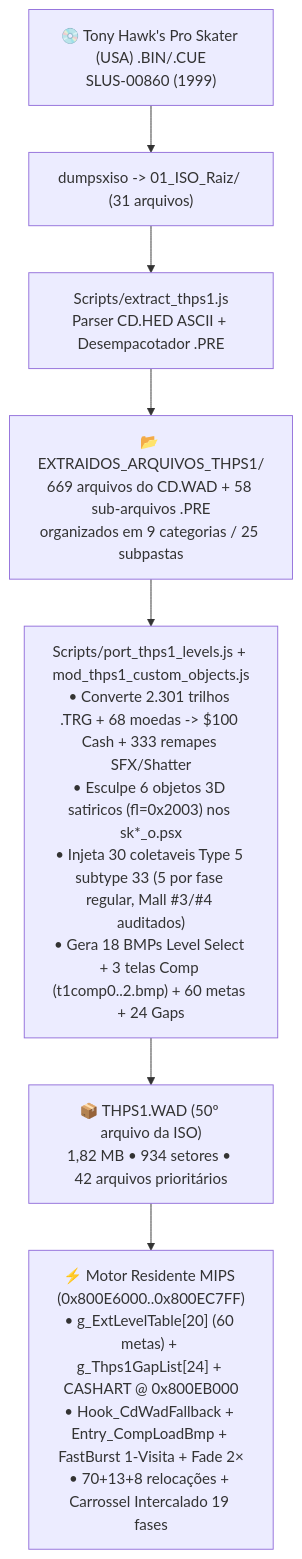
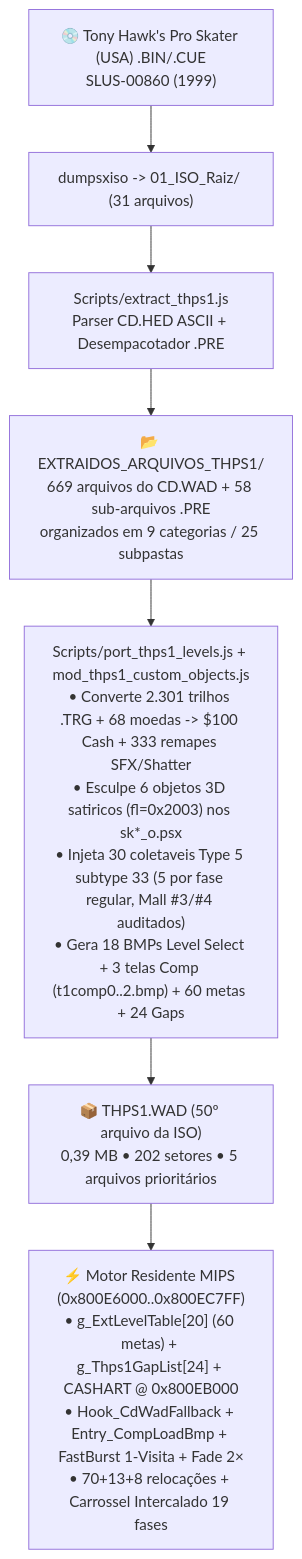
Before and after one commit to WagnerxOliveira/Tony_Hawk-s_Pro_Skater_2_Mod_PSX: the diagram in Docs/MAPA_14_THPS1_ARQUIVOS_E_ENGENHARIA_REVERSA.md, drawn with Mermaid. The commit also changed other lines of this file and 11 other files, not shown here.

````diff
--- a/Docs/MAPA_14_THPS1_ARQUIVOS_E_ENGENHARIA_REVERSA.md
+++ b/Docs/MAPA_14_THPS1_ARQUIVOS_E_ENGENHARIA_REVERSA.md
@@ -24,9 +24,9 @@
 ```mermaid
 flowchart TB
     ISO["💿 Tony Hawk's Pro Skater (USA) .BIN/.CUE<br/>SLUS-00860 (1999)"] --> DUMP["dumpsxiso -> 01_ISO_Raiz/ (31 arquivos)"]
     DUMP --> EXT["Scripts/extract_thps1.js<br/>Parser CD.HED ASCII + Desempacotador .PRE"]
     EXT --> TREE["📂 EXTRAIDOS_ARQUIVOS_THPS1/<br/>669 arquivos do CD.WAD + 58 sub-arquivos .PRE<br/>organizados em 9 categorias / 25 subpastas"]
     TREE --> PORT["Scripts/port_thps1_levels.js + mod_thps1_custom_objects.js<br/>• Converte 2.301 trilhos .TRG + 68 moedas -> $100 Cash + 333 remapes SFX/Shatter<br/>• Esculpe 6 objetos 3D satiricos (fl=0x2003) nos sk*_o.psx<br/>• Injeta 30 coletaveis Type 5 subtype 33 (5 por fase regular, Mall #3/#4 auditados)<br/>• Gera 18 BMPs Level Select + 3 telas Comp (t1comp0..2.bmp) + 60 metas + 24 Gaps"]
-    PORT --> WAD["📦 THPS1.WAD (50º arquivo da ISO)<br/>1,82 MB • 934 setores • 42 arquivos prioritários"]
+    PORT --> WAD["📦 THPS1.WAD (50º arquivo da ISO)<br/>0,39 MB • 202 setores • 5 arquivos prioritários"]
     WAD --> ENG["⚡ Motor Residente MIPS (0x800E6000..0x800EC7FF)<br/>• g_ExtLevelTable[20] (60 metas) + g_Thps1GapList[24] + CASHART @ 0x800EB000<br/>• Hook_CdWadFallback + Entry_CompLoadBmp + FastBurst 1-Visita + Fade 2×<br/>• 70+13+8 relocações + Carrossel Intercalado 19 fases"]
 ```
````
